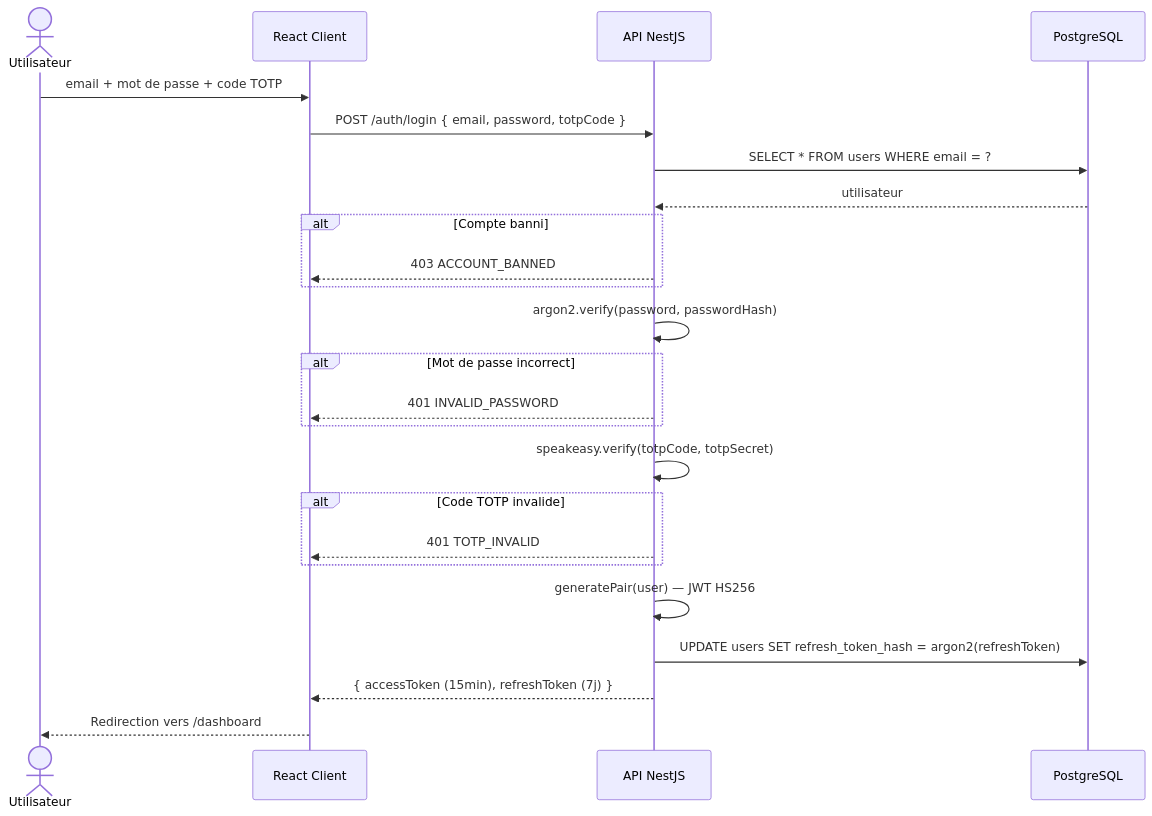
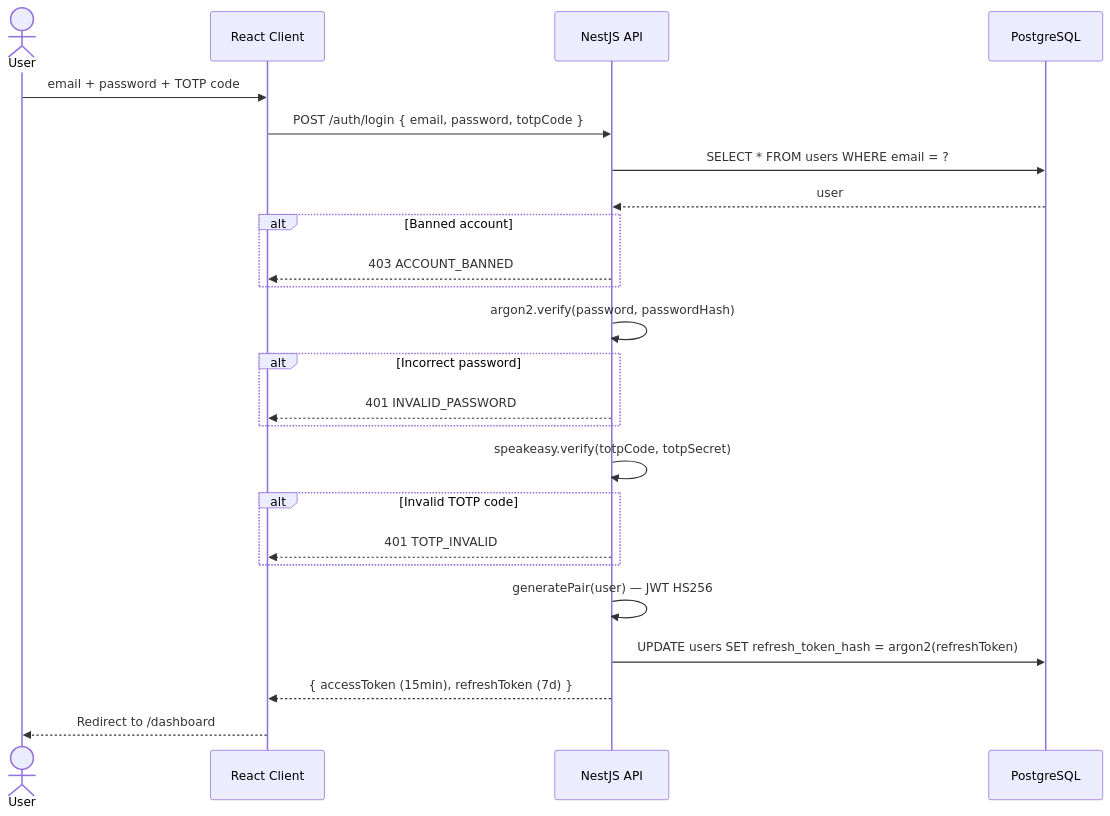
The third of 23 diagrams in docs/RAPPORT-ETAPE2.md (creibaud/QuartierConnect), drawn with Mermaid before and after one commit. The commit also changed other lines of this file and 155 other files, not shown here.

````diff
--- a/docs/RAPPORT-ETAPE2.md
+++ b/docs/RAPPORT-ETAPE2.md
@@ -149,34 +149,34 @@
 ```mermaid
 sequenceDiagram
-    actor U as Utilisateur
+    actor U as User
     participant C as React Client
-    participant A as API NestJS
+    participant A as NestJS API
     participant DB as PostgreSQL
 
-    U->>C: email + mot de passe + code TOTP
+    U->>C: email + password + TOTP code
     C->>A: POST /auth/login { email, password, totpCode }
 
     A->>DB: SELECT * FROM users WHERE email = ?
-    DB-->>A: utilisateur
+    DB-->>A: user
 
-    alt Compte banni
+    alt Banned account
         A-->>C: 403 ACCOUNT_BANNED
     end
 
     A->>A: argon2.verify(password, passwordHash)
 
-    alt Mot de passe incorrect
+    alt Incorrect password
         A-->>C: 401 INVALID_PASSWORD
     end
 
     A->>A: speakeasy.verify(totpCode, totpSecret)
 
-    alt Code TOTP invalide
+    alt Invalid TOTP code
         A-->>C: 401 TOTP_INVALID
     end
 
     A->>A: generatePair(user) — JWT HS256
     A->>DB: UPDATE users SET refresh_token_hash = argon2(refreshToken)
-    A-->>C: { accessToken (15min), refreshToken (7j) }
-    C-->>U: Redirection vers /dashboard
+    A-->>C: { accessToken (15min), refreshToken (7d) }
+    C-->>U: Redirect to /dashboard
 ```
````
